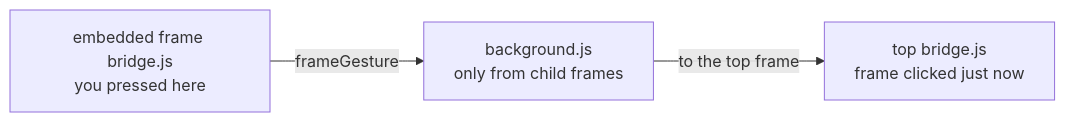
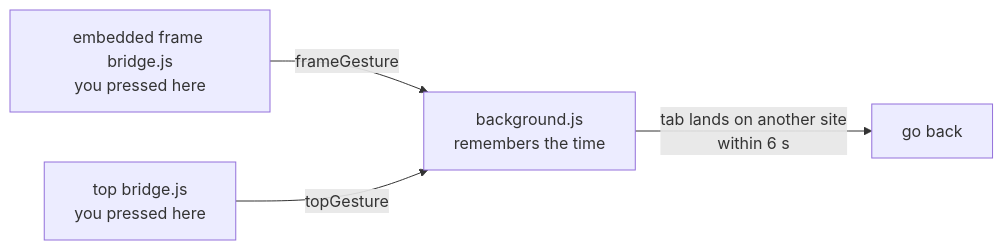
One commit to madironman/popshield changed the second of 2 diagrams in docs/learn/04-decisions.md. Above: the diagram before and after it, drawn with Mermaid. The commit also changed other lines of this file and 10 other files, not shown here.

Commit message:
Docs: frame takeovers are undone by the background; no leave-page prompt

````diff
--- a/docs/learn/04-decisions.md
+++ b/docs/learn/04-decisions.md
@@ -663,5 +671,6 @@
 ```mermaid
 flowchart LR
-    C["embedded frame bridge.js<br/>you pressed here"] -->|"frameGesture"| W["background.js<br/>only from child frames"]
-    W -->|"to the top frame"| T["top bridge.js<br/>frame clicked just now"]
+    C["embedded frame bridge.js<br/>you pressed here"] -->|"frameGesture"| W["background.js<br/>remembers the time"]
+    T["top bridge.js<br/>you pressed here"] -->|"topGesture"| W
+    W -->|"tab lands on another site<br/>within 6 s"| B["go back"]
 ```
````
